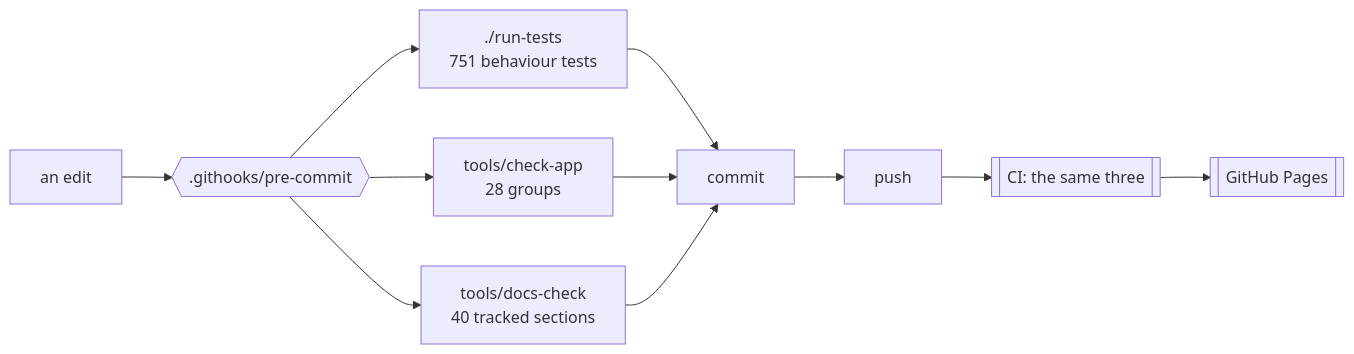
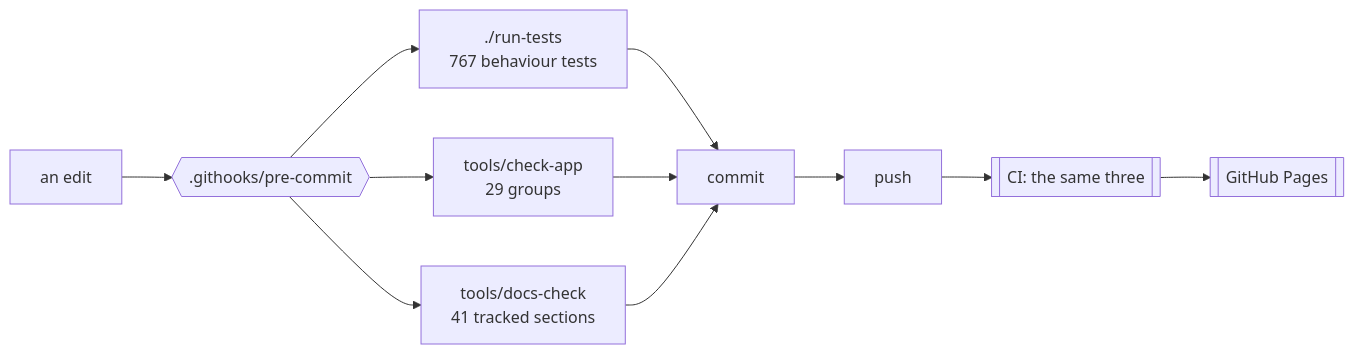
One commit to minormending/crystal-pilot-mobile changed the first of 2 diagrams in docs/DEVELOPING.md. Above: the diagram before and after it, drawn with Mermaid. The commit also changed other lines of this file and 16 other files, not shown here.

````diff
--- a/docs/DEVELOPING.md
+++ b/docs/DEVELOPING.md
@@ -15,12 +15,12 @@
 ```mermaid
 flowchart LR
     E[an edit] --> H{{".githooks/pre-commit"}}
-    H --> T["./run-tests<br/>751 behaviour tests"]
-    H --> C["tools/check-app<br/>28 groups"]
-    H --> D["tools/docs-check<br/>40 tracked sections"]
+    H --> T["./run-tests<br/>767 behaviour tests"]
+    H --> C["tools/check-app<br/>29 groups"]
+    H --> D["tools/docs-check<br/>41 tracked sections"]
     T --> OK[commit]
     C --> OK
     D --> OK
     OK --> P[push] --> CI[["CI: the same three"]]
     CI --> PG[[GitHub Pages]]
 ```
````
